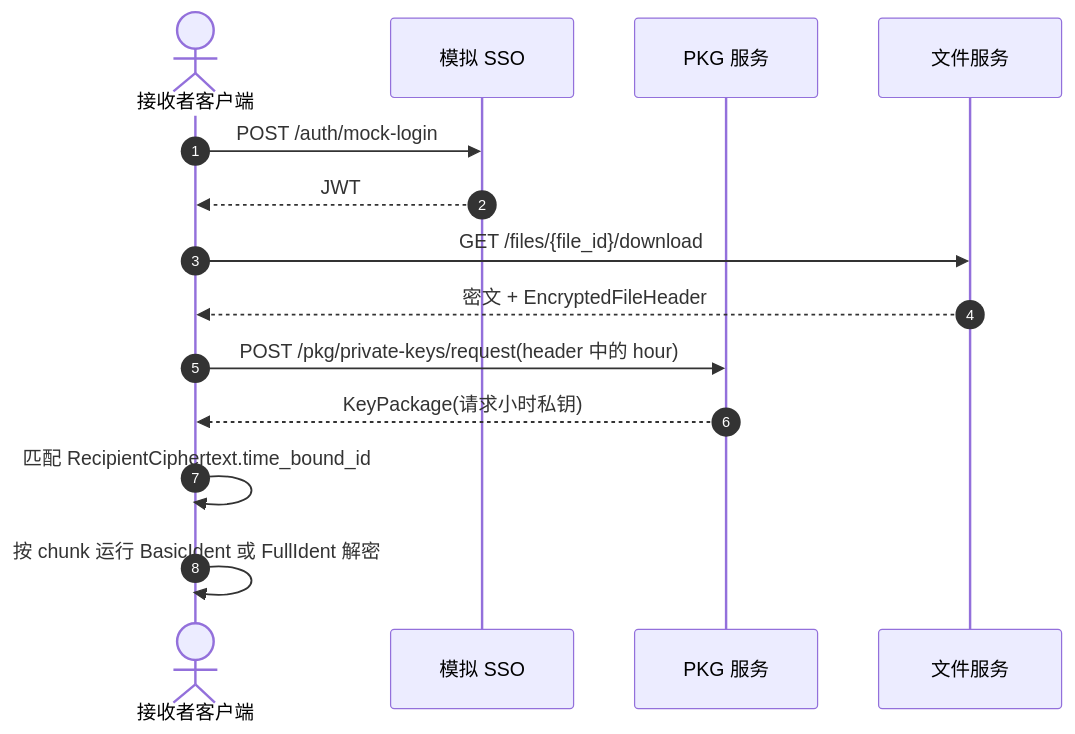
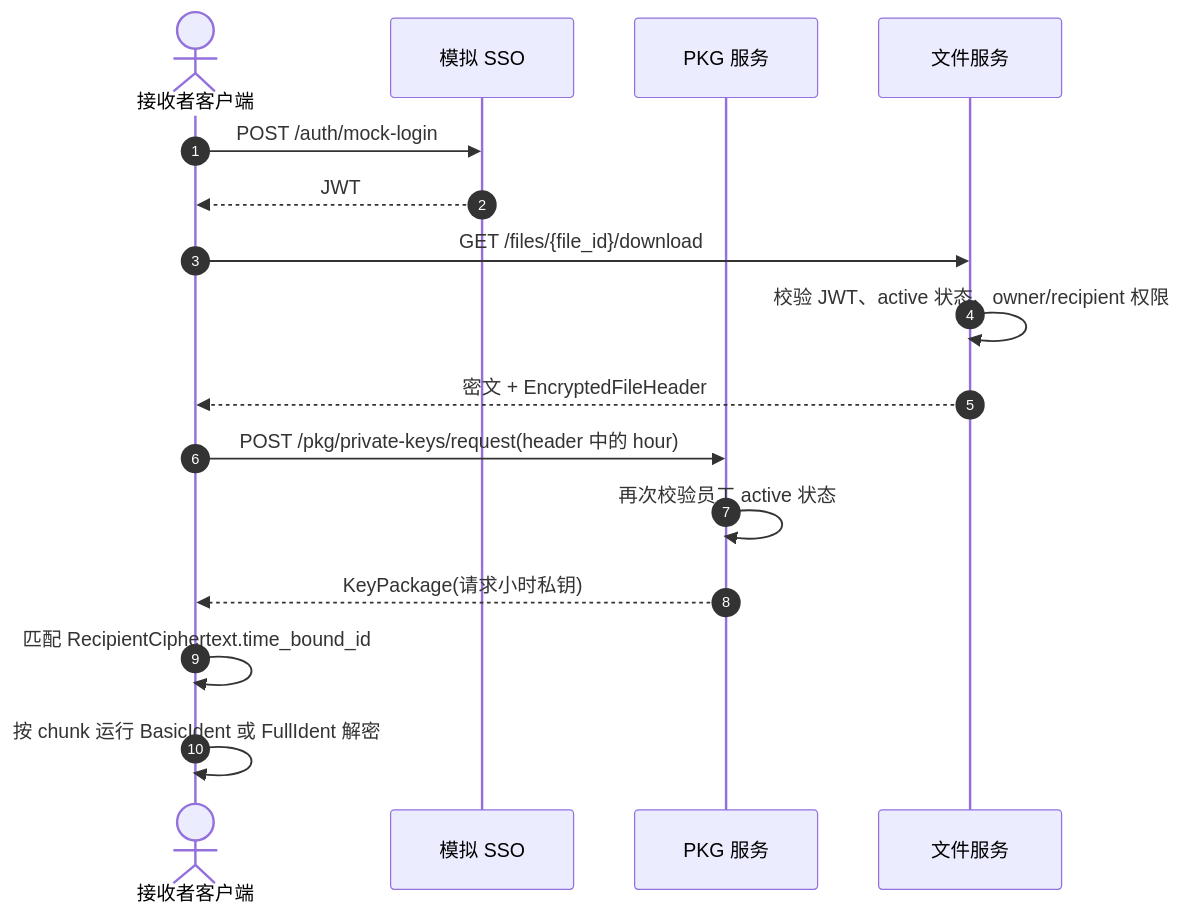
Before and after one commit to firfisa/BF-IBE: the fourth of 7 diagrams in docs/diagrams.md, drawn with Mermaid. The commit also changed other lines of this file and 4 other files, not shown here.

````diff
--- a/docs/diagrams.md
+++ b/docs/diagrams.md
@@ -64,17 +66,19 @@
 ```mermaid
 sequenceDiagram
   autonumber
   actor Receiver as 接收者客户端
   participant SSO as 模拟 SSO
   participant PKG as PKG 服务
   participant FS as 文件服务
 
   Receiver->>SSO: POST /auth/mock-login
   SSO-->>Receiver: JWT
   Receiver->>FS: GET /files/{file_id}/download
+  FS->>FS: 校验 JWT、active 状态、owner/recipient 权限
   FS-->>Receiver: 密文 + EncryptedFileHeader
   Receiver->>PKG: POST /pkg/private-keys/request(header 中的 hour)
+  PKG->>PKG: 再次校验员工 active 状态
   PKG-->>Receiver: KeyPackage(请求小时私钥)
   Receiver->>Receiver: 匹配 RecipientCiphertext.time_bound_id
   Receiver->>Receiver: 按 chunk 运行 BasicIdent 或 FullIdent 解密
 ```
````
